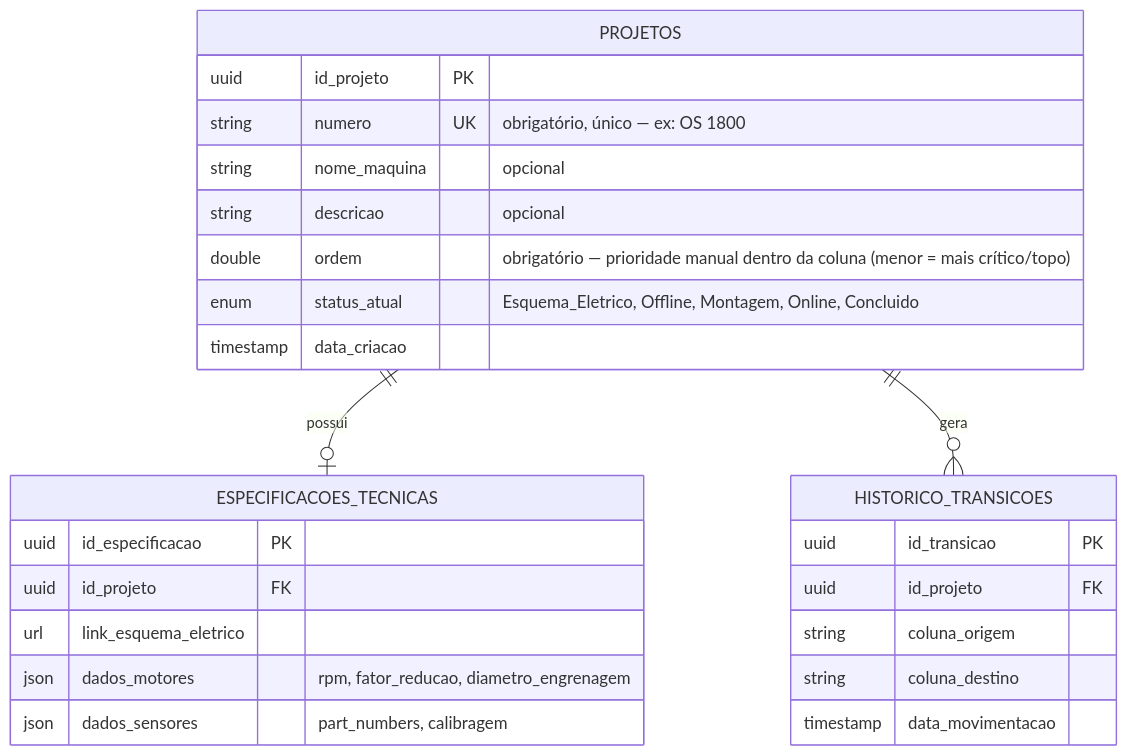
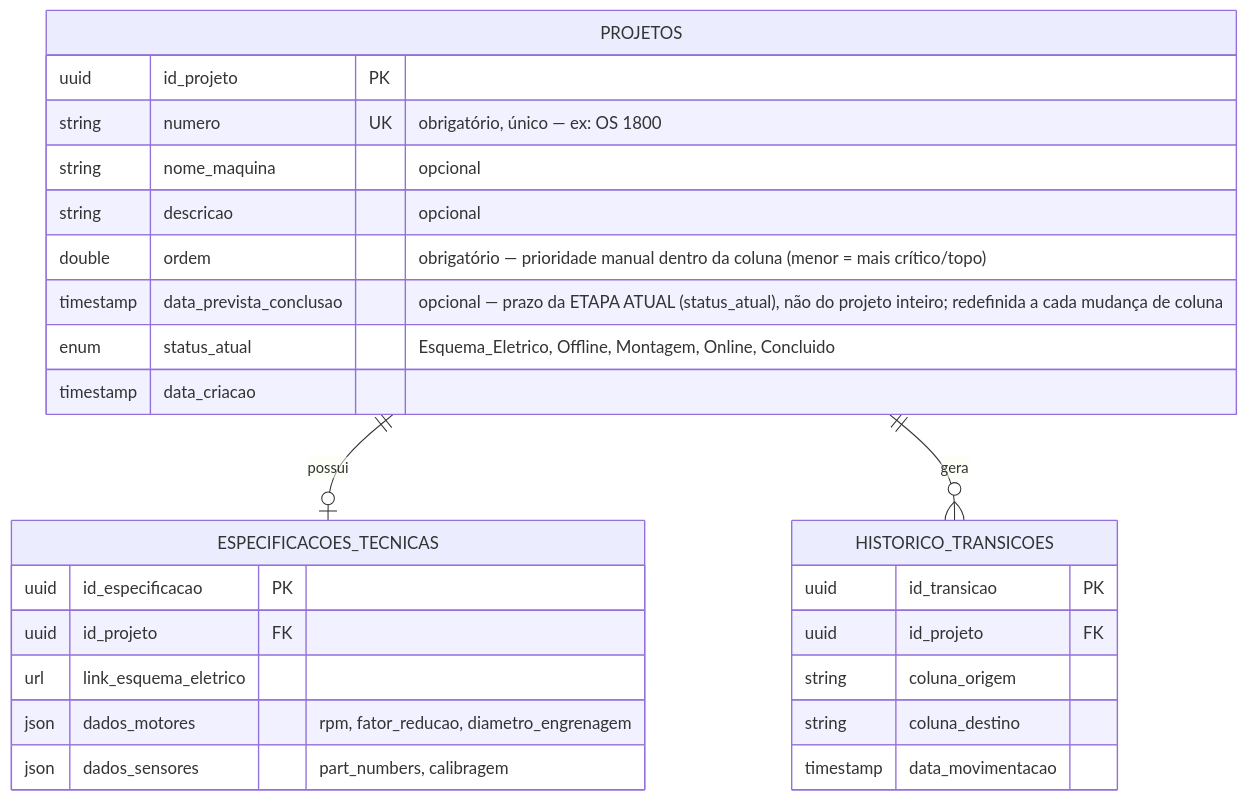
One commit to brunopmourao1/gestao-projetos changed the diagram in Docs/02-Tecnico/Modelo-Dados-ER.md. Above: the diagram before and after it, drawn with Mermaid. The commit also changed other lines of this file and 20 other files, not shown here.

First line of the commit message:
Add HU-14: data prevista de conclusao por etapa

````diff
--- a/Docs/02-Tecnico/Modelo-Dados-ER.md
+++ b/Docs/02-Tecnico/Modelo-Dados-ER.md
@@ -6,31 +6,32 @@
 ```mermaid
 erDiagram
     PROJETOS ||--o| ESPECIFICACOES_TECNICAS : "possui"
     PROJETOS ||--o{ HISTORICO_TRANSICOES : "gera"
 
     PROJETOS {
         uuid id_projeto PK
         string numero UK "obrigatório, único — ex: OS 1800"
         string nome_maquina "opcional"
         string descricao "opcional"
         double ordem "obrigatório — prioridade manual dentro da coluna (menor = mais crítico/topo)"
+        timestamp data_prevista_conclusao "opcional — prazo da ETAPA ATUAL (status_atual), não do projeto inteiro; redefinida a cada mudança de coluna"
         enum status_atual "Esquema_Eletrico, Offline, Montagem, Online, Concluido"
         timestamp data_criacao
     }
 
     ESPECIFICACOES_TECNICAS {
         uuid id_especificacao PK
         uuid id_projeto FK
         url link_esquema_eletrico
         json dados_motores "rpm, fator_reducao, diametro_engrenagem"
         json dados_sensores "part_numbers, calibragem"
     }
 
     HISTORICO_TRANSICOES {
         uuid id_transicao PK
         uuid id_projeto FK
         string coluna_origem
         string coluna_destino
         timestamp data_movimentacao
     }
 ```
````
